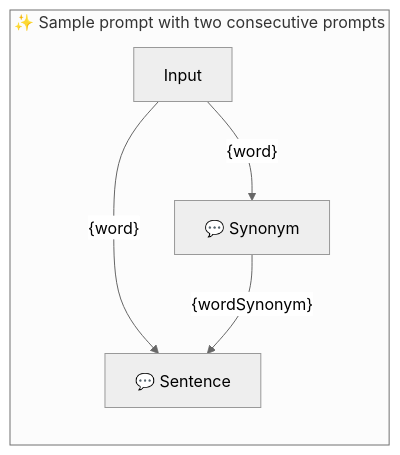
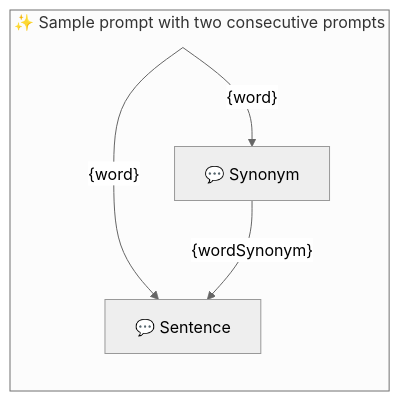
Before and after one commit to webgptorg/promptbook: the diagram in samples/templates/20-two.ptbk.md, drawn with Mermaid (neutral theme). The commit also changed 16 other files, not shown here.

Commit message:
Auto-generated Mermaid graphs of promptboks

````diff
--- a/samples/templates/20-two.ptbk.md
+++ b/samples/templates/20-two.ptbk.md
@@ -11,23 +11,19 @@
 ```mermaid
 %% 🔮 Tip: Open this on GitHub or in the VSCode website to see the Mermaid graph visually
 
 flowchart LR
-    subgraph "✨ Sample prompt with two consecutive prompts"
+  subgraph "✨ Sample prompt with two consecutive prompts"
 
-        direction TB
+      direction TB
 
-        input[Input]
+      input[Input]:::hidden
+      templateSynonym[💬 Synonym]
+      input--"{word}"-->templateSynonym
+      templateSentence[💬 Sentence]
+      input--"{word}"-->templateSentence
+      templateSynonym--"{wordSynonym}"-->templateSentence
 
+      classDef hidden display: none;
 
-        templateSynonym[💬 Synonym]
-        input--"{word}"-->templateSynonym
-        templateSentence[💬 Sentence]
-        input--"{word}"-->templateSentence
-        templateSynonym--"{wordSynonym}"-->templateSentence
-
-
-
-
-
-    end
+  end;
 ```
````
